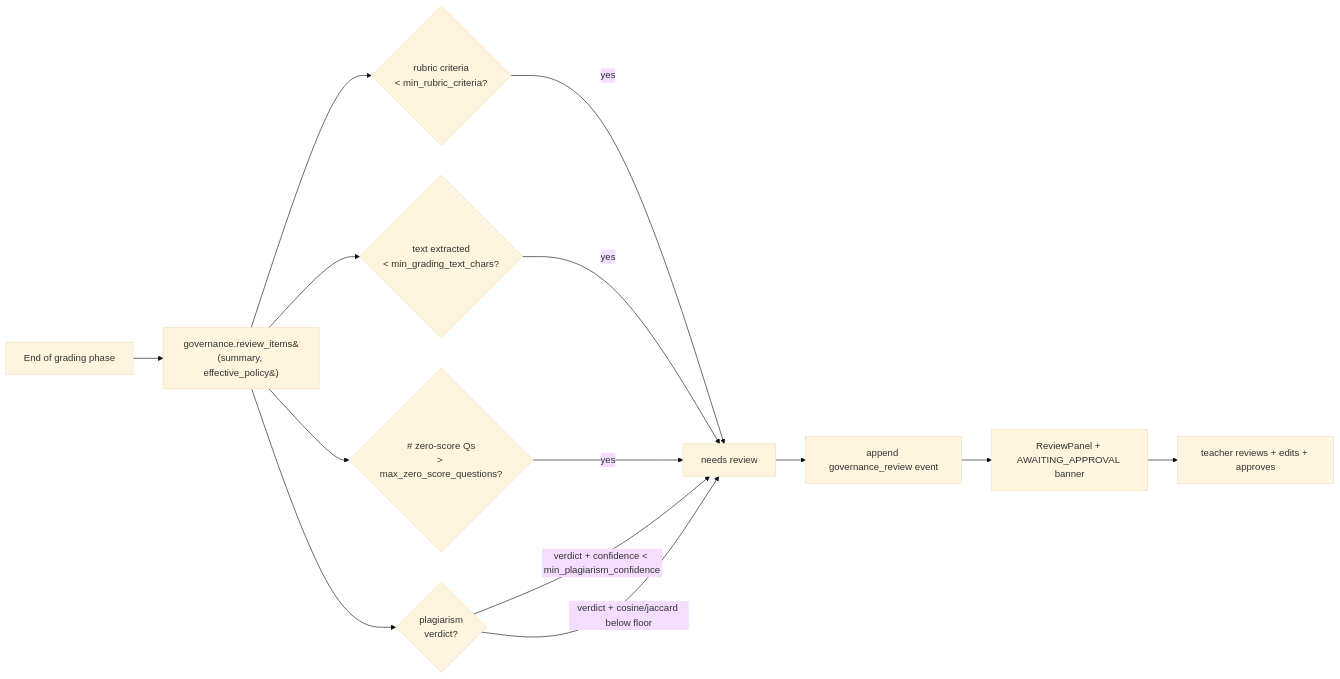
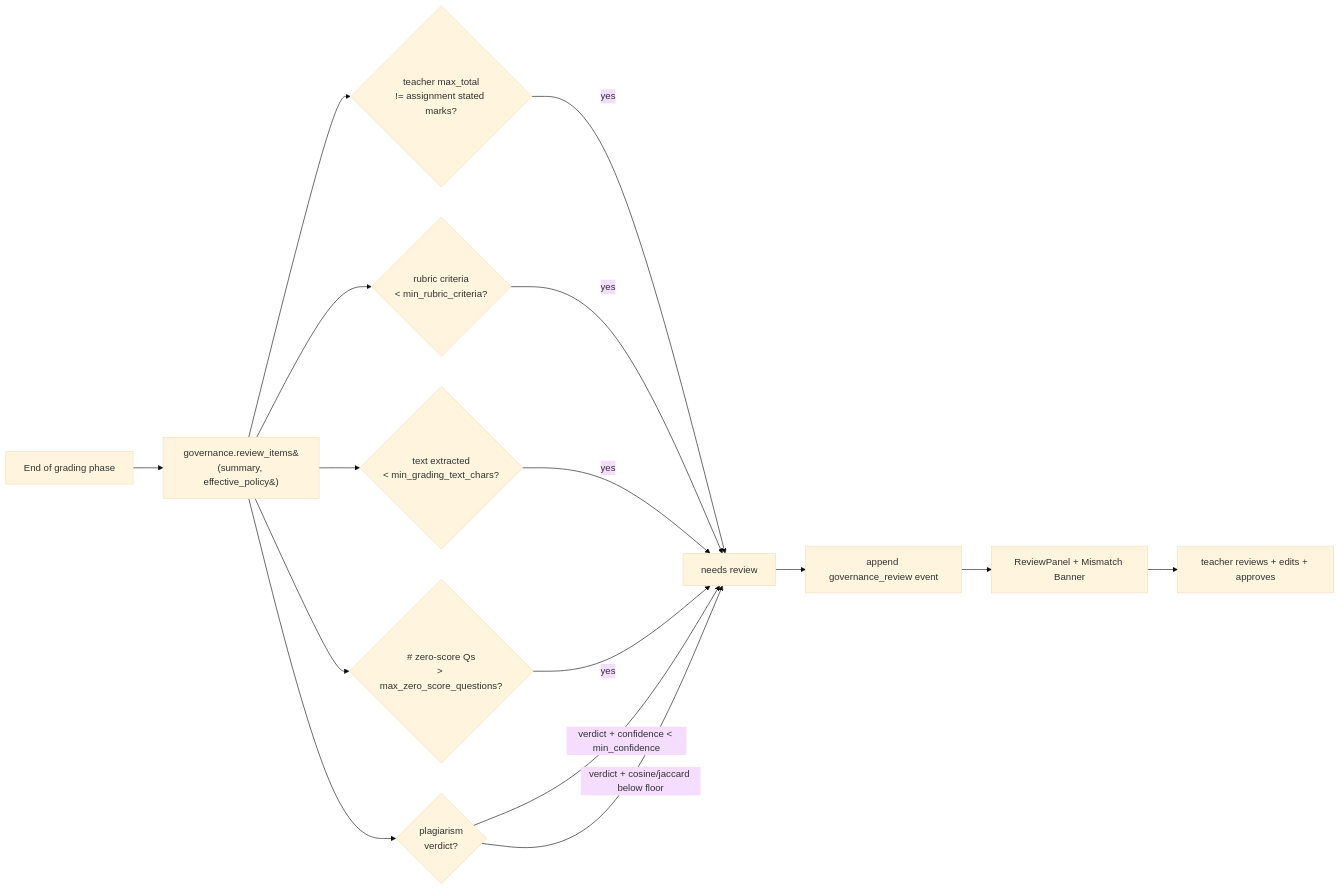
One commit to AhsanAli-exe/EvalAnime-MultiAgent-AI-Grading-System changed the sixth of 6 diagrams in TECHNICAL-DESIGN.md. Above: the diagram before and after it, drawn with Mermaid (base theme). The commit also changed other lines of this file and 21 other files, not shown here.

````diff
--- a/TECHNICAL-DESIGN.md
+++ b/TECHNICAL-DESIGN.md
@@ -424,16 +460,18 @@
 ```mermaid
 flowchart LR
     R[End of grading phase] --> G[governance.review_items&#40;summary, effective_policy&#41;]
+    G --> C0{teacher max_total<br/>!= assignment stated marks?}
     G --> C1{rubric criteria<br/>< min_rubric_criteria?}
     G --> C2{text extracted<br/>< min_grading_text_chars?}
     G --> C3{# zero-score Qs<br/>> max_zero_score_questions?}
     G --> C4{plagiarism<br/>verdict?}
-    C1 -->|yes| FLAG[needs review]
+    C0 -->|yes| FLAG[needs review]
+    C1 -->|yes| FLAG
     C2 -->|yes| FLAG
     C3 -->|yes| FLAG
-    C4 -->|verdict + confidence < min_plagiarism_confidence| FLAG
+    C4 -->|verdict + confidence < min_confidence| FLAG
     C4 -->|verdict + cosine/jaccard below floor| FLAG
     FLAG --> LOG[append governance_review event]
-    LOG --> UI[ReviewPanel + AWAITING_APPROVAL banner]
+    LOG --> UI[ReviewPanel + Mismatch Banner]
     UI --> TEACHER[teacher reviews + edits + approves]
 ```
````
